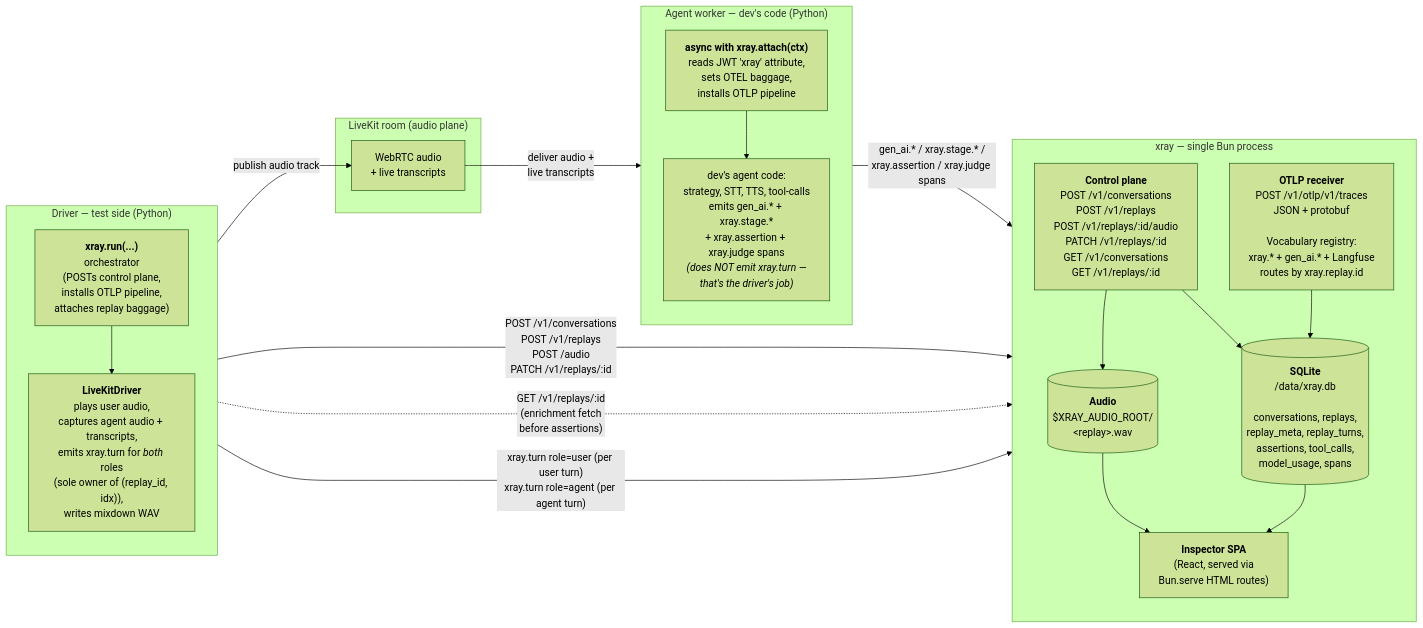
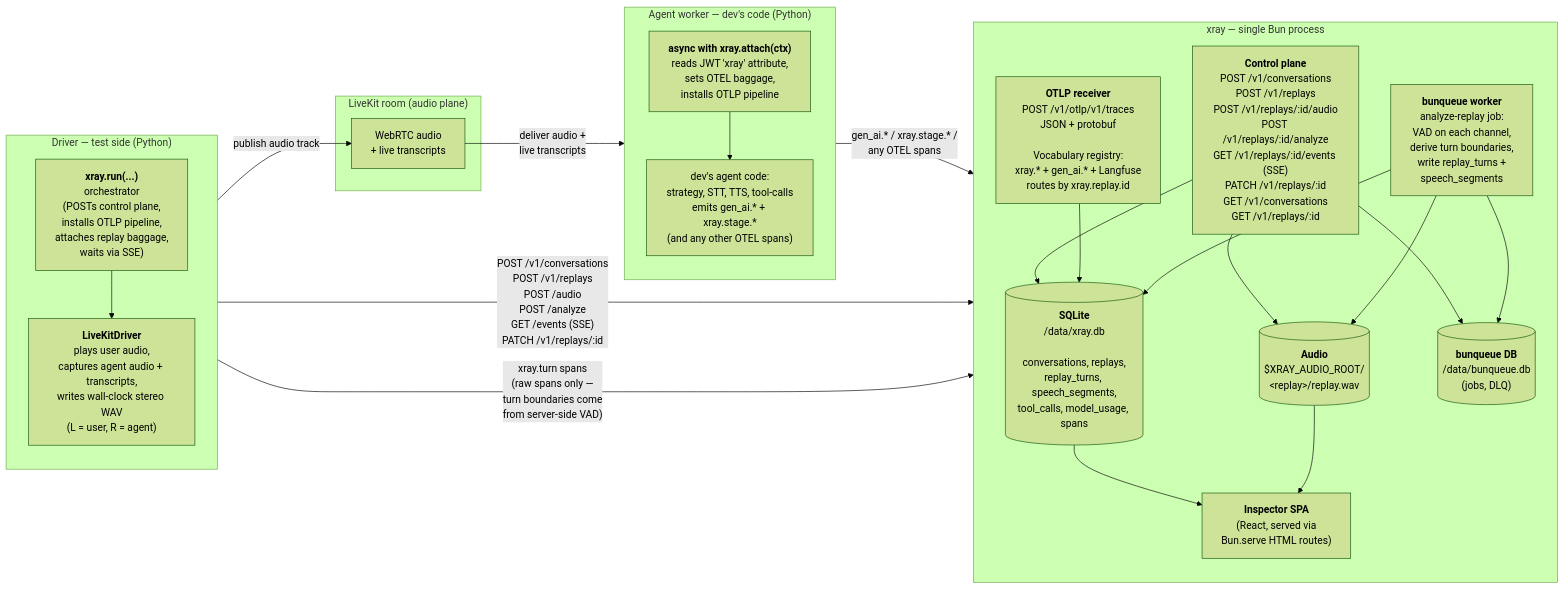
The first of 5 diagrams in docs/architecture.md (xray-eval/xray), drawn with Mermaid (forest theme) before and after one commit. The commit also changed other lines of this file and 65 other files, not shown here.

First line of the commit message:
feat: server-as-analyzer — stereo WAV upload + VAD + turn derivation (#65)

````diff
--- a/docs/architecture.md
+++ b/docs/architecture.md
@@ -31,41 +38,46 @@
 ```mermaid
 flowchart LR
     subgraph DRV["Driver — test side (Python)"]
       direction TB
-      D1["<b>xray.run(...)</b><br/>orchestrator<br/>(POSTs control plane,<br/>installs OTLP pipeline,<br/>attaches replay baggage)"]
-      D2["<b>LiveKitDriver</b><br/>plays user audio,<br/>captures agent audio + transcripts,<br/>emits xray.turn for <i>both</i> roles<br/>(sole owner of (replay_id, idx)),<br/>writes mixdown WAV"]
+      D1["<b>xray.run(...)</b><br/>orchestrator<br/>(POSTs control plane,<br/>installs OTLP pipeline,<br/>attaches replay baggage,<br/>waits via SSE)"]
+      D2["<b>LiveKitDriver</b><br/>plays user audio,<br/>captures agent audio + transcripts,<br/>writes wall-clock stereo WAV<br/>(L = user, R = agent)"]
       D1 --> D2
     end
 
     subgraph LK["LiveKit room (audio plane)"]
       LKR["WebRTC audio<br/>+ live transcripts"]
     end
 
     subgraph AGT["Agent worker — dev's code (Python)"]
       direction TB
       A1["<b>async with xray.attach(ctx)</b><br/>reads JWT 'xray' attribute,<br/>sets OTEL baggage,<br/>installs OTLP pipeline"]
-      A2["dev's agent code:<br/>strategy, STT, TTS, tool-calls<br/>emits gen_ai.* + xray.stage.*<br/>+ xray.assertion + xray.judge spans<br/><i>(does NOT emit xray.turn —<br/>that's the driver's job)</i>"]
+      A2["dev's agent code:<br/>strategy, STT, TTS, tool-calls<br/>emits gen_ai.* + xray.stage.*<br/>(and any other OTEL spans)"]
       A1 --> A2
     end
 
     subgraph XR["xray — single Bun process"]
       direction TB
-      CTL["<b>Control plane</b><br/>POST /v1/conversations<br/>POST /v1/replays<br/>POST /v1/replays/:id/audio<br/>PATCH /v1/replays/:id<br/>GET /v1/conversations<br/>GET /v1/replays/:id"]
+      CTL["<b>Control plane</b><br/>POST /v1/conversations<br/>POST /v1/replays<br/>POST /v1/replays/:id/audio<br/>POST /v1/replays/:id/analyze<br/>GET /v1/replays/:id/events (SSE)<br/>PATCH /v1/replays/:id<br/>GET /v1/conversations<br/>GET /v1/replays/:id"]
       OTLP["<b>OTLP receiver</b><br/>POST /v1/otlp/v1/traces<br/>JSON + protobuf<br/><br/>Vocabulary registry:<br/>xray.* + gen_ai.* + Langfuse<br/>routes by xray.replay.id"]
-      DB[("<b>SQLite</b><br/>/data/xray.db<br/><br/>conversations, replays,<br/>replay_meta, replay_turns,<br/>assertions, tool_calls,<br/>model_usage, spans")]
-      AUDIO[("<b>Audio</b><br/>$XRAY_AUDIO_ROOT/<br/>&lt;replay&gt;.wav")]
+      JOB["<b>bunqueue worker</b><br/>analyze-replay job:<br/>VAD on each channel,<br/>derive turn boundaries,<br/>write replay_turns +<br/>speech_segments"]
+      DB[("<b>SQLite</b><br/>/data/xray.db<br/><br/>conversations, replays,<br/>replay_turns, speech_segments,<br/>tool_calls, model_usage, spans")]
+      BQDB[("<b>bunqueue DB</b><br/>/data/bunqueue.db<br/>(jobs, DLQ)")]
+      AUDIO[("<b>Audio</b><br/>$XRAY_AUDIO_ROOT/<br/>&lt;replay&gt;/replay.wav")]
       SPA["<b>Inspector SPA</b><br/>(React, served via<br/>Bun.serve HTML routes)"]
       CTL --> DB
       CTL --> AUDIO
+      CTL --> BQDB
       OTLP --> DB
+      JOB --> DB
+      JOB --> AUDIO
+      JOB --> BQDB
       DB --> SPA
       AUDIO --> SPA
     end
 
-    D1 -- "POST /v1/conversations<br/>POST /v1/replays<br/>POST /audio<br/>PATCH /v1/replays/:id" --> CTL
-    D1 -. "GET /v1/replays/:id<br/>(enrichment fetch<br/>before assertions)" .-> CTL
-    D2 -- "xray.turn role=user (per user turn)<br/>xray.turn role=agent (per agent turn)" --> OTLP
+    D1 -- "POST /v1/conversations<br/>POST /v1/replays<br/>POST /audio<br/>POST /analyze<br/>GET /events (SSE)<br/>PATCH /v1/replays/:id" --> CTL
     D2 -- "publish audio track" --> LKR
+    D2 -- "xray.turn spans<br/>(raw spans only —<br/>turn boundaries come<br/>from server-side VAD)" --> OTLP
     LKR -- "deliver audio +<br/>live transcripts" --> A2
-    A2 -- "gen_ai.* / xray.stage.* /<br/>xray.assertion / xray.judge spans" --> OTLP
+    A2 -- "gen_ai.* / xray.stage.* /<br/>any OTEL spans" --> OTLP
 ```
````
